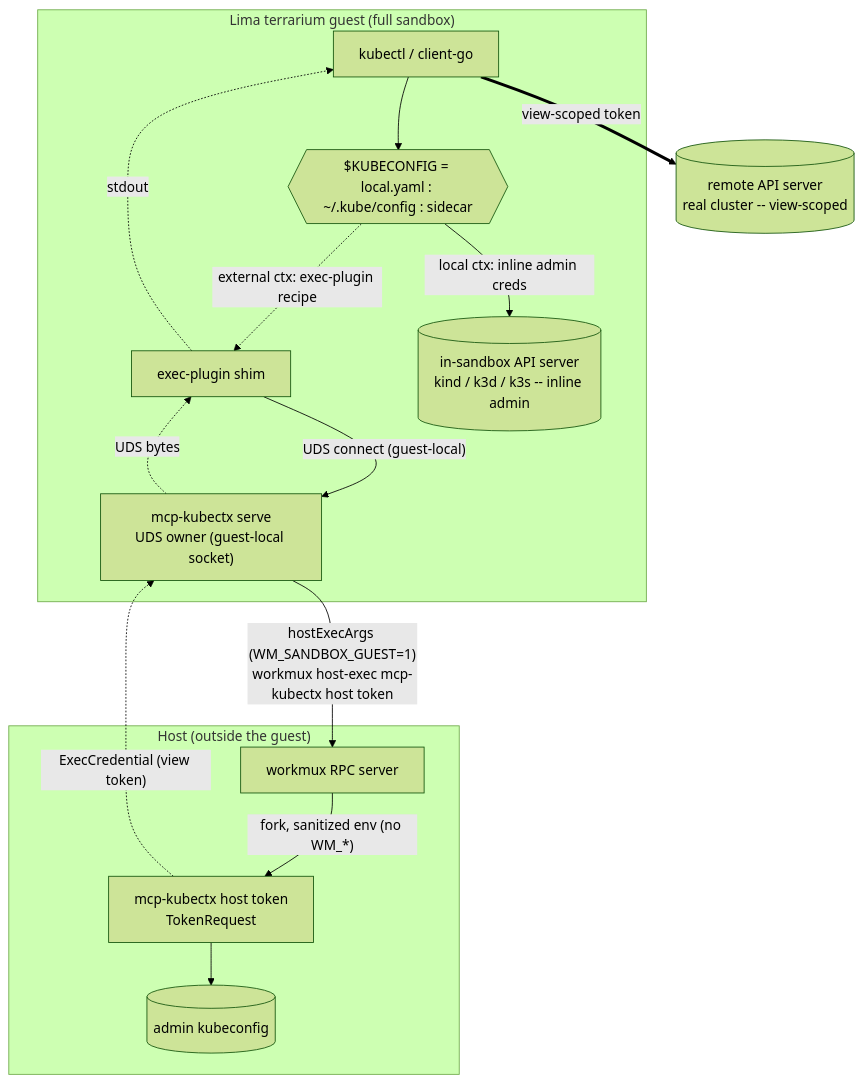
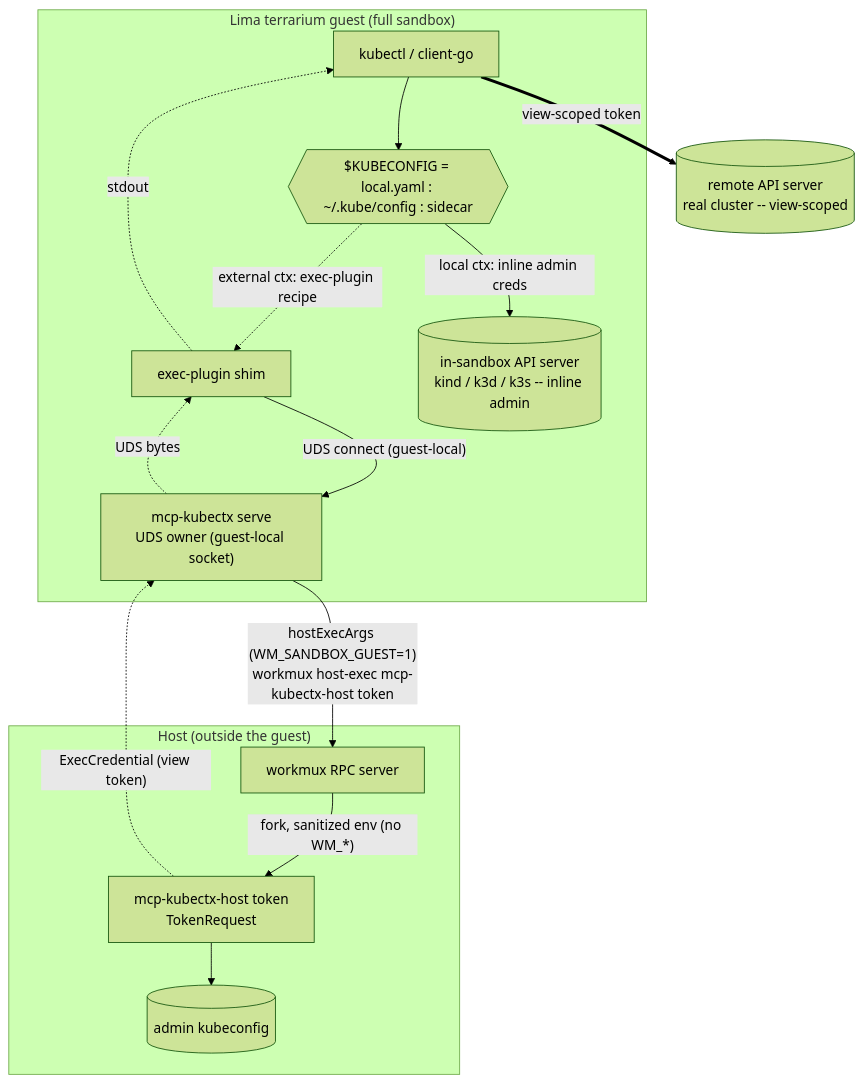
Before and after one commit to MacroPower/dotfiles: the second of 2 diagrams in tools/mcp-kubectx/README.md, drawn with Mermaid (forest theme). The commit also changed other lines of this file and 37 other files, not shown here.

````diff
--- a/tools/mcp-kubectx/README.md
+++ b/tools/mcp-kubectx/README.md
@@ -138,28 +142,28 @@
 ```mermaid
 flowchart TB
   subgraph guest["Lima terrarium guest (full sandbox)"]
     kubectl["kubectl / client-go"]
     kcfg{{"$KUBECONFIG = local.yaml : ~/.kube/config : sidecar"}}
     plugin["exec-plugin shim"]
     serve["mcp-kubectx serve<br/>UDS owner (guest-local socket)"]
     lapi[("in-sandbox API server<br/>kind / k3d / k3s -- inline admin")]
     kubectl --> kcfg
   end
 
   subgraph host["Host (outside the guest)"]
     wm["workmux RPC server"]
-    htoken["mcp-kubectx host token<br/>TokenRequest"]
+    htoken["mcp-kubectx-host token<br/>TokenRequest"]
     admin[("admin kubeconfig")]
     wm -->|"fork, sanitized env (no WM_*)"| htoken
     htoken --> admin
   end
 
   kcfg -->|"local ctx: inline admin creds"| lapi
   kcfg -.->|"external ctx: exec-plugin recipe"| plugin
   plugin -->|"UDS connect (guest-local)"| serve
-  serve -->|"hostExecArgs (WM_SANDBOX_GUEST=1)<br/>workmux host-exec mcp-kubectx host token"| wm
+  serve -->|"hostExecArgs (WM_SANDBOX_GUEST=1)<br/>workmux host-exec mcp-kubectx-host token"| wm
   htoken -.->|"ExecCredential (view token)"| serve
   serve -.->|"UDS bytes"| plugin
   plugin -.->|"stdout"| kubectl
   kubectl ==>|"view-scoped token"| remote[("remote API server<br/>real cluster -- view-scoped")]
 ```
````
